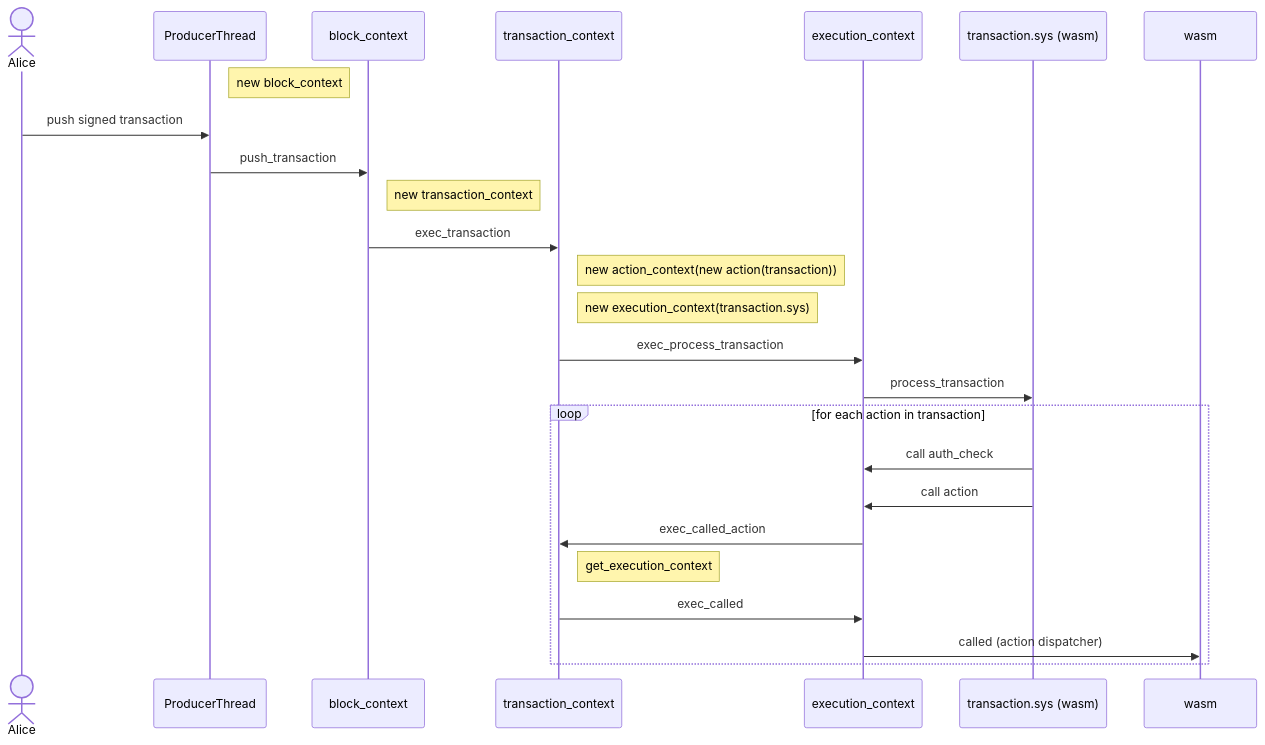
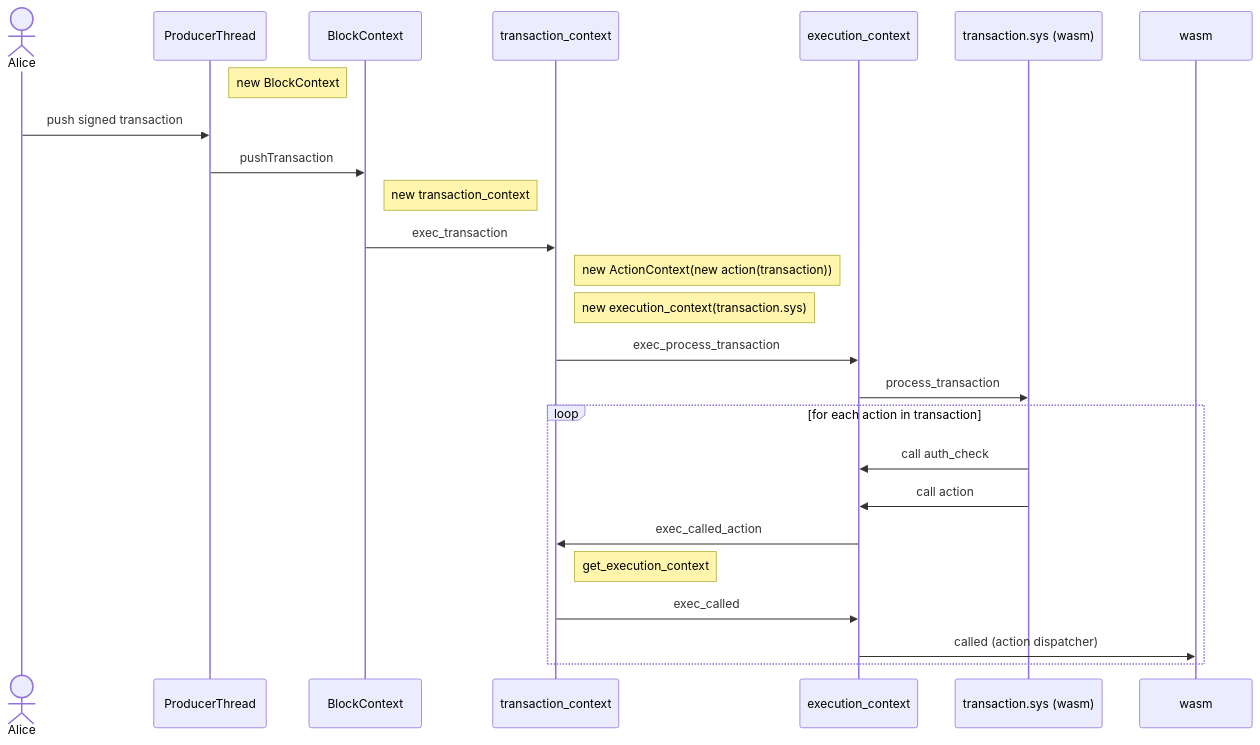
The diagram in doc/transaction_execution.md (gofractally/psibase), drawn with Mermaid before and after one commit. The commit also changed other lines of this file and 22 other files, not shown here.

````diff
--- a/doc/transaction_execution.md
+++ b/doc/transaction_execution.md
@@ -53,27 +53,27 @@
 ```mermaid
 sequenceDiagram
     actor Alice
     participant ProducerThread
-    participant block_context
+    participant BlockContext
     participant transaction_context
     participant execution_context
     participant transaction.sys (wasm)
 
-    note right of ProducerThread: new block_context
+    note right of ProducerThread: new BlockContext
     Alice->>ProducerThread: push signed transaction
-    ProducerThread->>block_context: push_transaction
-    note right of block_context: new transaction_context
-    block_context->>transaction_context: exec_transaction
-    note right of transaction_context: new action_context(new action(transaction))
+    ProducerThread->>BlockContext: pushTransaction
+    note right of BlockContext: new transaction_context
+    BlockContext->>transaction_context: exec_transaction
+    note right of transaction_context: new ActionContext(new action(transaction))
     note right of transaction_context: new execution_context(transaction.sys)
     transaction_context->>execution_context: exec_process_transaction
     execution_context->>transaction.sys (wasm): process_transaction
     loop for each action in transaction
         transaction.sys (wasm)->>execution_context: call auth_check
         transaction.sys (wasm)->>execution_context: call action
         execution_context->>transaction_context: exec_called_action
         note right of transaction_context: get_execution_context
         transaction_context->>execution_context: exec_called 
         execution_context->>wasm: called (action dispatcher)
     end
 ```
````
